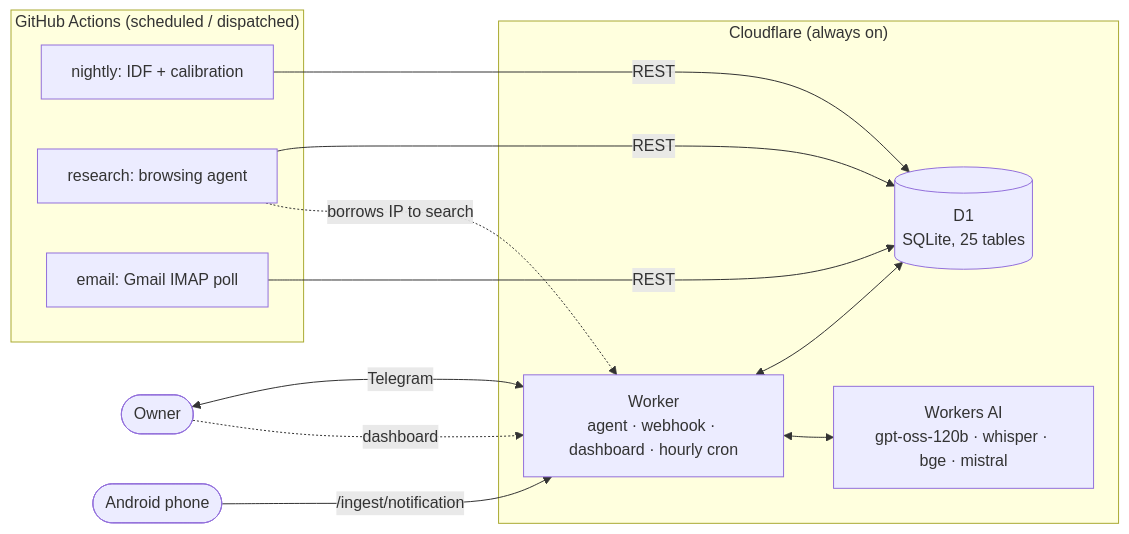
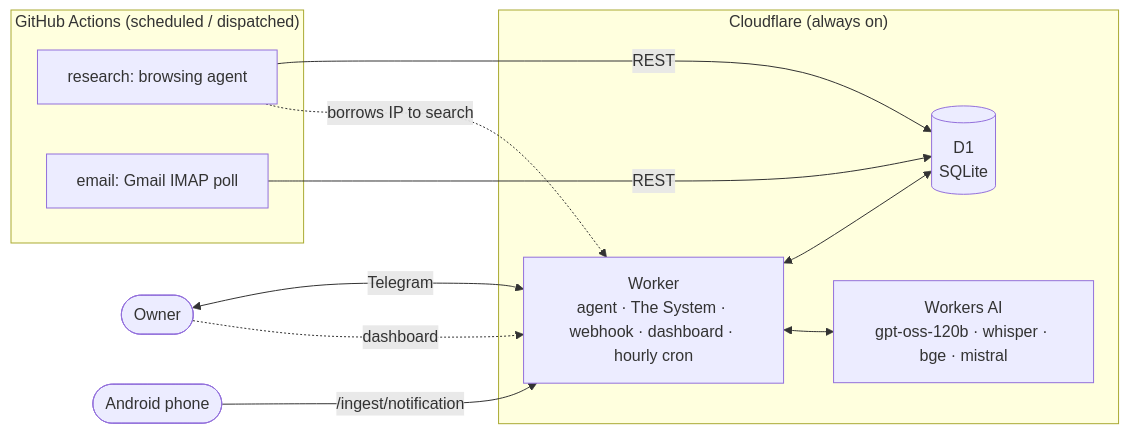
The diagram in docs/README.md (saquibjawedbit/grabber), drawn with Mermaid before and after one commit. The commit also changed other lines of this file and 25 other files, not shown here.

````diff
--- a/docs/README.md
+++ b/docs/README.md
@@ -34,22 +35,20 @@
 ```mermaid
 flowchart LR
   owner([Owner]) <-->|Telegram| W
   subgraph CF["Cloudflare (always on)"]
-    W["Worker<br/>agent · webhook · dashboard · hourly cron"]
-    D[("D1<br/>SQLite, 25 tables")]
+    W["Worker<br/>agent · The System · webhook · dashboard · hourly cron"]
+    D[("D1<br/>SQLite")]
     AI["Workers AI<br/>gpt-oss-120b · whisper · bge · mistral"]
     W <--> D
     W <--> AI
   end
   subgraph GH["GitHub Actions (scheduled / dispatched)"]
-    N["nightly: IDF + calibration"]
     R["research: browsing agent"]
     E["email: Gmail IMAP poll"]
   end
-  N -->|REST| D
   E -->|REST| D
   R -->|REST| D
   R -.->|borrows IP to search| W
   owner -.->|dashboard| W
   phone([Android phone]) -->|/ingest/notification| W
 ```
````
